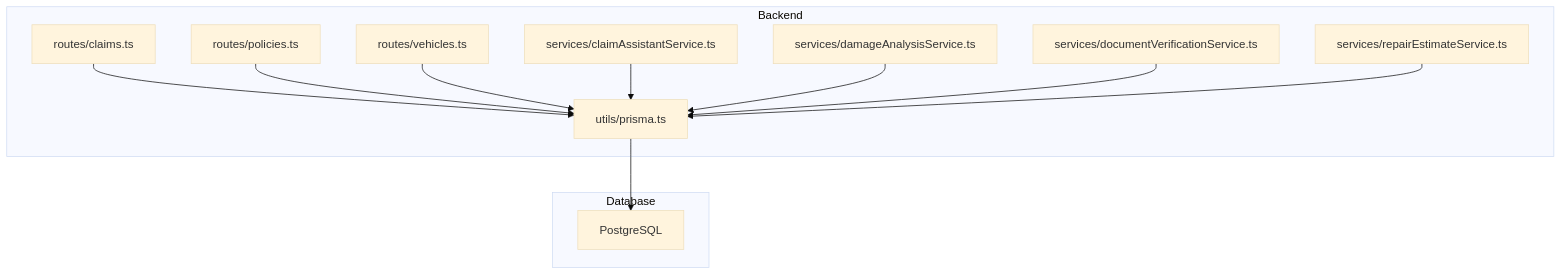
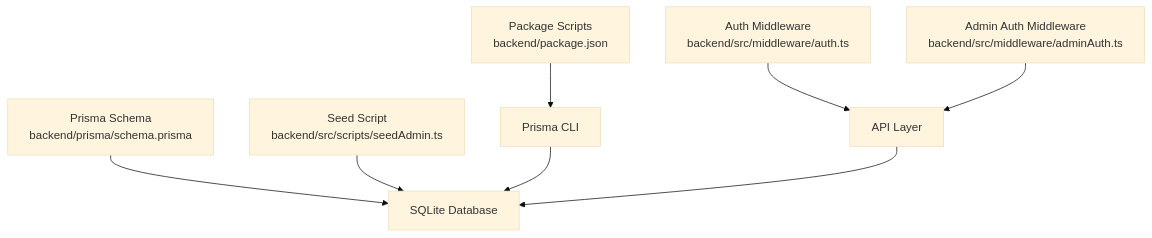
The first of 4 diagrams in .qoder/repowiki/en/content/Database Design.md (NaveenHiranya/Smart-Vehicle-Insurance-Claim-System), drawn with Mermaid (base theme) before and after one commit. The commit also changed other lines of this file and 183 other files, not shown here.

````diff
--- a/.qoder/repowiki/en/content/Database Design.md
+++ b/.qoder/repowiki/en/content/Database Design.md
@@ -34,24 +34,10 @@
 ```mermaid
 graph TB
-subgraph "Backend"
-R1["routes/claims.ts"]
-R2["routes/policies.ts"]
-R3["routes/vehicles.ts"]
-S1["services/claimAssistantService.ts"]
-S2["services/damageAnalysisService.ts"]
-S3["services/documentVerificationService.ts"]
-S4["services/repairEstimateService.ts"]
-U["utils/prisma.ts"]
-end
-subgraph "Database"
-P["PostgreSQL"]
-end
-R1 --> U
-R2 --> U
-R3 --> U
-S1 --> U
-S2 --> U
-S3 --> U
-S4 --> U
-U --> P
+A["Prisma Schema<br/>backend/prisma/schema.prisma"] --> B["SQLite Database"]
+C["Seed Script<br/>backend/src/scripts/seedAdmin.ts"] --> B
+D["Package Scripts<br/>backend/package.json"] --> E["Prisma CLI"]
+E --> B
+F["Auth Middleware<br/>backend/src/middleware/auth.ts"] --> G["API Layer"]
+H["Admin Auth Middleware<br/>backend/src/middleware/adminAuth.ts"] --> G
+G --> B
 ```
````
